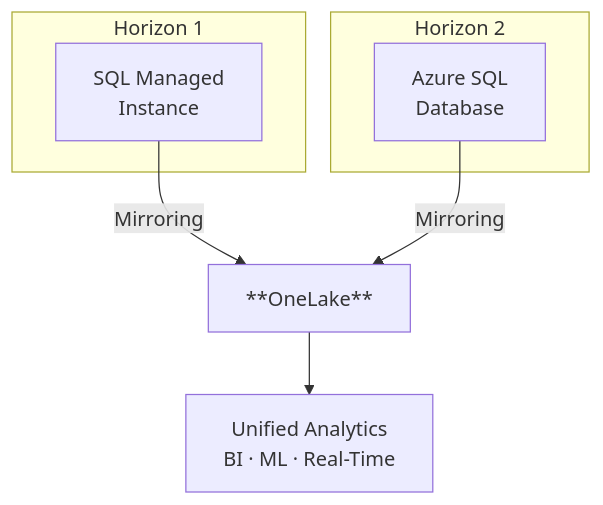
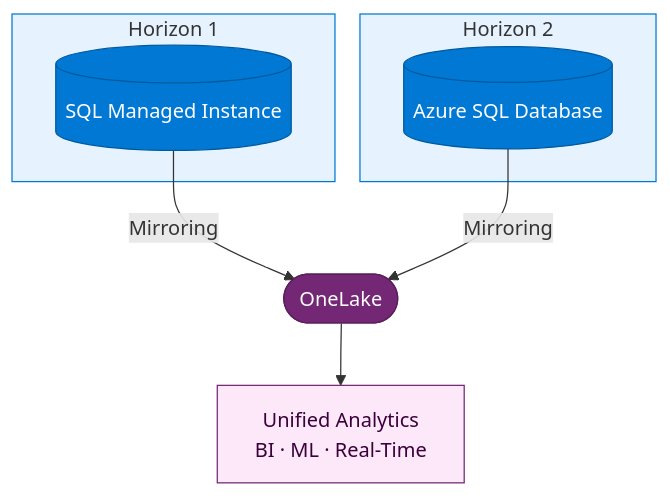
Before and after one commit to jonathan-vella/build-test: the second of 2 diagrams in site/src/content/docs/horizons/h2-fabric.md, drawn with Mermaid. The commit also changed other lines of this file and 11 other files, not shown here.

````diff
--- a/site/src/content/docs/horizons/h2-fabric.md
+++ b/site/src/content/docs/horizons/h2-fabric.md
@@ -52,12 +61,19 @@
 ```mermaid
 graph TB
-  subgraph "Horizon 1"
-    SQLMI["SQL Managed<br/>Instance"]
+  classDef azure   fill:#0078d4,stroke:#005a9e,color:#fff
+  classDef onelake fill:#742774,stroke:#5a1e5a,color:#fff
+  classDef bi      fill:#fde8f9,stroke:#742774,color:#3a003a
+  subgraph h1["Horizon 1"]
+    SQLMI[("SQL Managed Instance")]:::azure
   end
-  subgraph "Horizon 2"
-    SQLDB["Azure SQL<br/>Database"]
+  subgraph h2["Horizon 2"]
+    SQLDB[("Azure SQL Database")]:::azure
   end
-  SQLMI -->|"Mirroring"| OL["**OneLake**"]
+  OL(["OneLake"]):::onelake
+  ANALYTICS["Unified Analytics<br/>BI · ML · Real-Time"]:::bi
+  SQLMI -->|"Mirroring"| OL
   SQLDB -->|"Mirroring"| OL
-  OL --> ANALYTICS["Unified Analytics<br/>BI · ML · Real-Time"]
+  OL --> ANALYTICS
+  style h1 fill:#e6f3ff,stroke:#0078d4
+  style h2 fill:#e6f3ff,stroke:#0078d4
 ```
````
